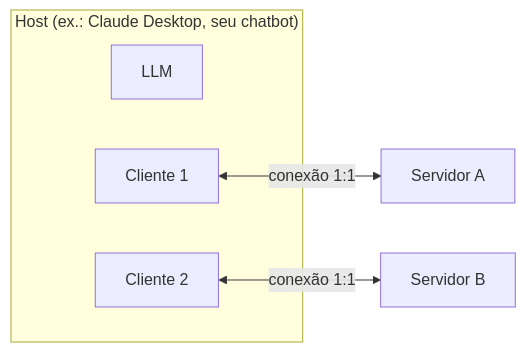
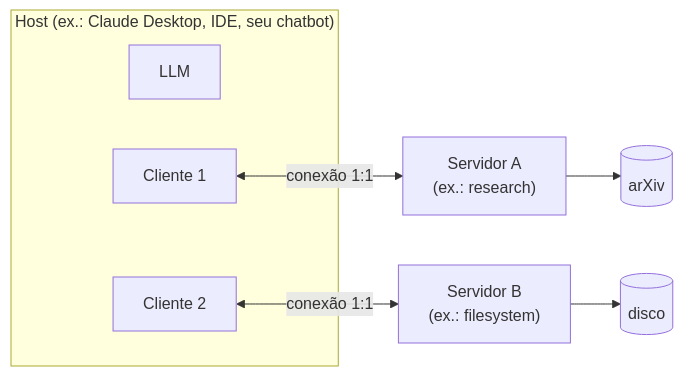
The third of 5 diagrams in notas/01-fundamentos.md (FloraRosaPupo/mcp-estudos), drawn with Mermaid before and after one commit. The commit also changed other lines of this file and 11 other files, not shown here.

````diff
--- a/notas/01-fundamentos.md
+++ b/notas/01-fundamentos.md
@@ -9,10 +42,12 @@
 ```mermaid
 flowchart LR
-    subgraph Host["Host (ex.: Claude Desktop, seu chatbot)"]
+    subgraph Host["Host (ex.: Claude Desktop, IDE, seu chatbot)"]
         LLM["LLM"]
         C1["Cliente 1"]
         C2["Cliente 2"]
     end
-    C1 <-->|"conexão 1:1"| S1["Servidor A"]
-    C2 <-->|"conexão 1:1"| S2["Servidor B"]
+    C1 <-->|"conexão 1:1"| S1["Servidor A<br/>(ex.: research)"]
+    C2 <-->|"conexão 1:1"| S2["Servidor B<br/>(ex.: filesystem)"]
+    S1 --> R1[(arXiv)]
+    S2 --> R2[(disco)]
 ```
````
